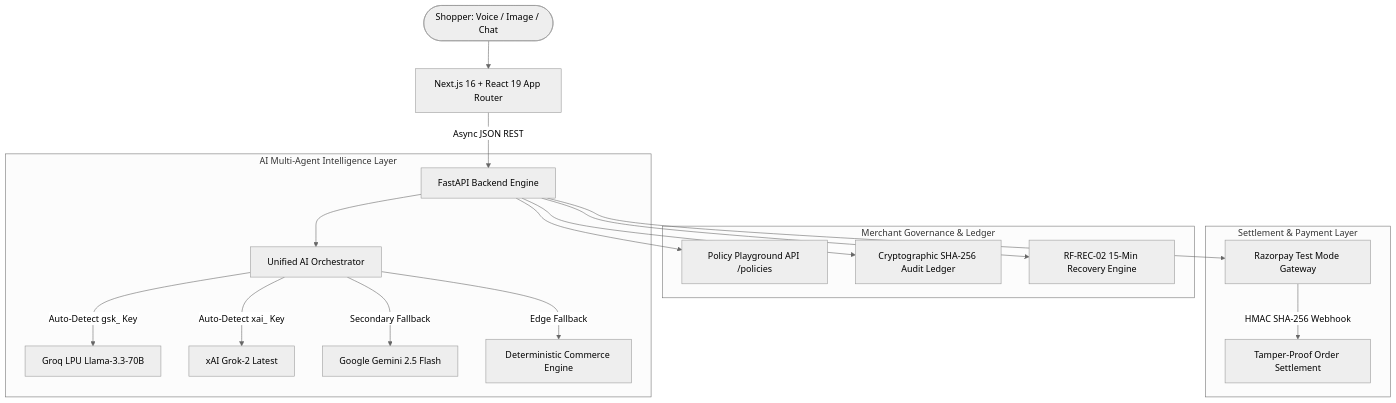
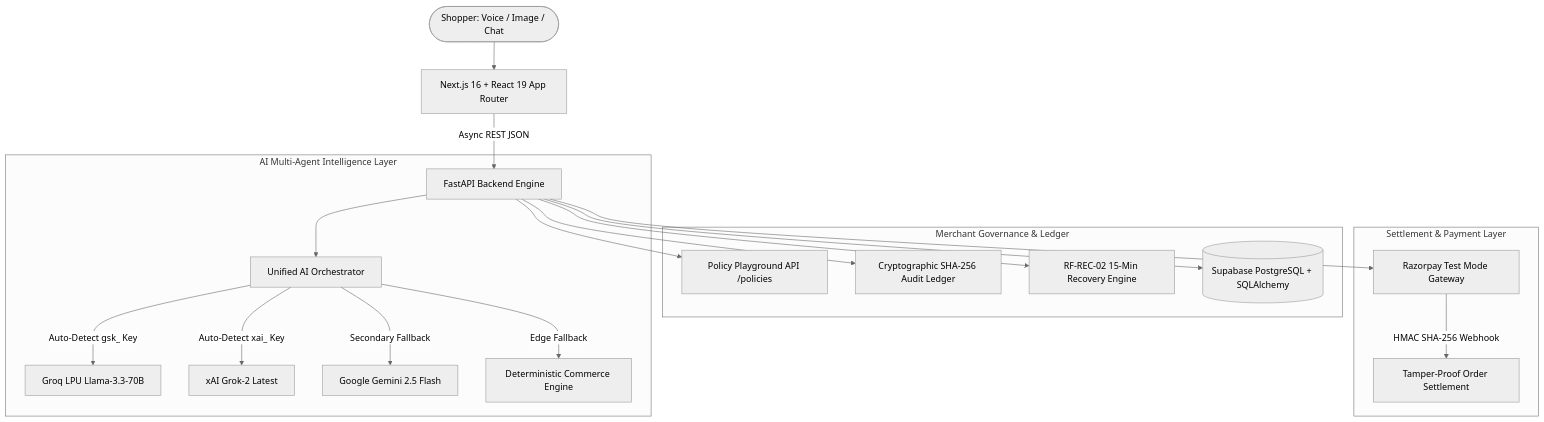
One commit to nleelaranga-ai/rafon-ai-commerce-agent changed the diagram in README.md. Above: the diagram before and after it, drawn with Mermaid (neutral theme). The commit also changed other lines of this file and 1 other file, not shown here.

````diff
--- a/README.md
+++ b/README.md
@@ -69,24 +80,25 @@
 ```mermaid
 graph TD
     User([Shopper: Voice / Image / Chat]) --> Frontend[Next.js 16 + React 19 App Router]
-    Frontend --> |Async JSON REST| FastAPIEngine[FastAPI Backend Engine]
+    Frontend --> |Async REST JSON| FastAPIEngine[FastAPI Backend Engine]
 
     subgraph "AI Multi-Agent Intelligence Layer"
         FastAPIEngine --> Orchestrator[Unified AI Orchestrator]
         Orchestrator --> |Auto-Detect gsk_ Key| GroqLPU[Groq LPU Llama-3.3-70B]
         Orchestrator --> |Auto-Detect xai_ Key| Grok2[xAI Grok-2 Latest]
         Orchestrator --> |Secondary Fallback| Gemini[Google Gemini 2.5 Flash]
         Orchestrator --> |Edge Fallback| Deterministic[Deterministic Commerce Engine]
     end
 
     subgraph "Merchant Governance & Ledger"
         FastAPIEngine --> PolicyPlayground[Policy Playground API /policies]
         FastAPIEngine --> AuditLedger[Cryptographic SHA-256 Audit Ledger]
         FastAPIEngine --> RecoveryEngine[RF-REC-02 15-Min Recovery Engine]
+        FastAPIEngine --> Database[(Supabase PostgreSQL + SQLAlchemy)]
     end
 
     subgraph "Settlement & Payment Layer"
         FastAPIEngine --> RazorpayAPI[Razorpay Test Mode Gateway]
         RazorpayAPI --> |HMAC SHA-256 Webhook| Settlement[Tamper-Proof Order Settlement]
     end
 ```
````
